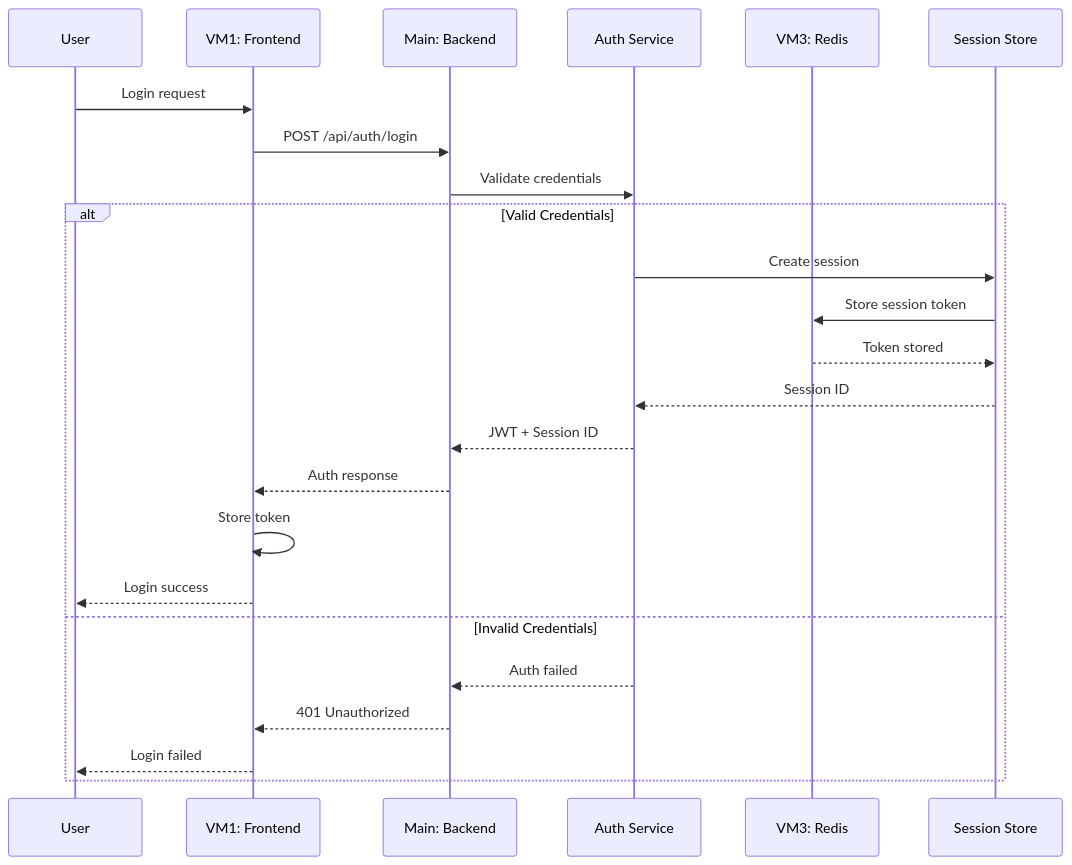
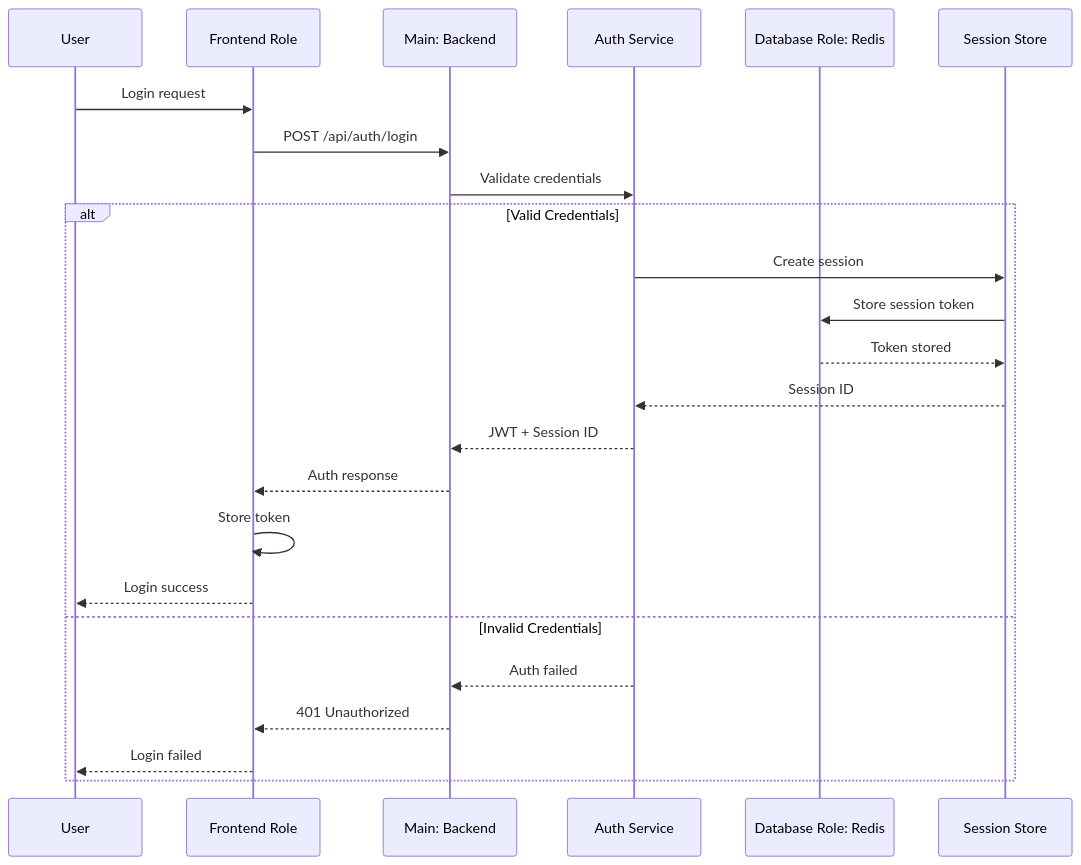
One commit to mrveiss/AutoBot-AI changed the fifth of 8 diagrams in docs/architecture/data-flows.md. Above: the diagram before and after it, drawn with Mermaid. The commit also changed other lines of this file and 13 other files, not shown here.

````diff
--- a/docs/architecture/data-flows.md
+++ b/docs/architecture/data-flows.md
@@ -234,28 +234,28 @@
 ```mermaid
 sequenceDiagram
     participant User
-    participant Frontend as VM1: Frontend
+    participant Frontend as Frontend Role
     participant API as Main: Backend
     participant Auth as Auth Service
-    participant Redis as VM3: Redis
+    participant Redis as Database Role: Redis
     participant Session as Session Store
 
     User->>Frontend: Login request
     Frontend->>API: POST /api/auth/login
     API->>Auth: Validate credentials
 
     alt Valid Credentials
         Auth->>Session: Create session
         Session->>Redis: Store session token
         Redis-->>Session: Token stored
         Session-->>Auth: Session ID
         Auth-->>API: JWT + Session ID
         API-->>Frontend: Auth response
         Frontend->>Frontend: Store token
         Frontend-->>User: Login success
     else Invalid Credentials
         Auth-->>API: Auth failed
         API-->>Frontend: 401 Unauthorized
         Frontend-->>User: Login failed
     end
 ```
````
